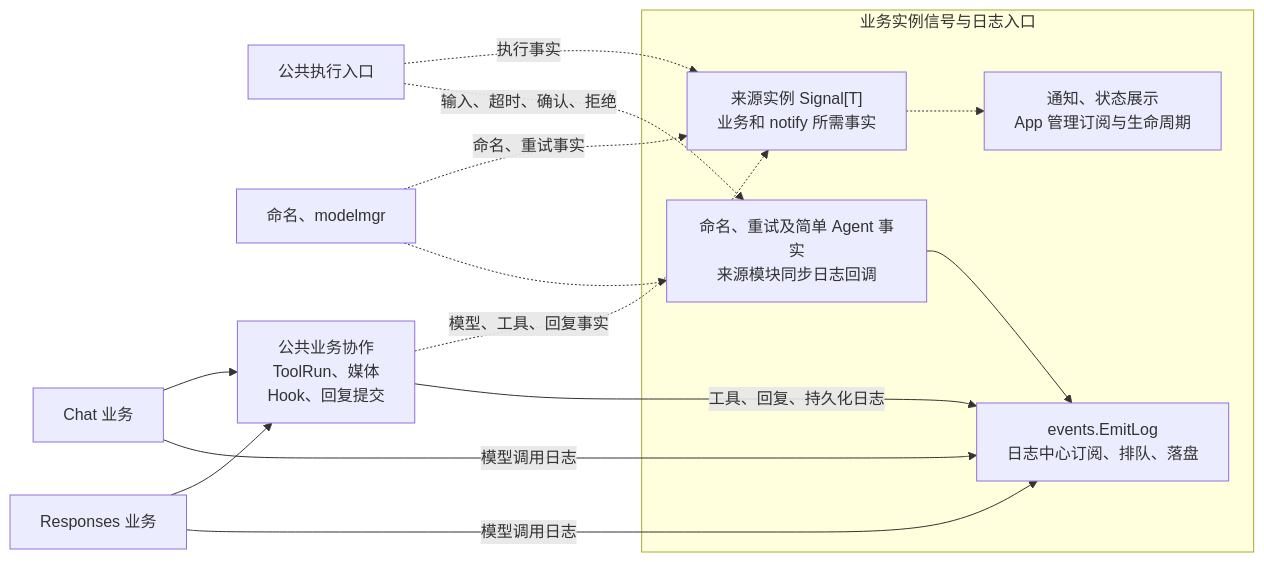
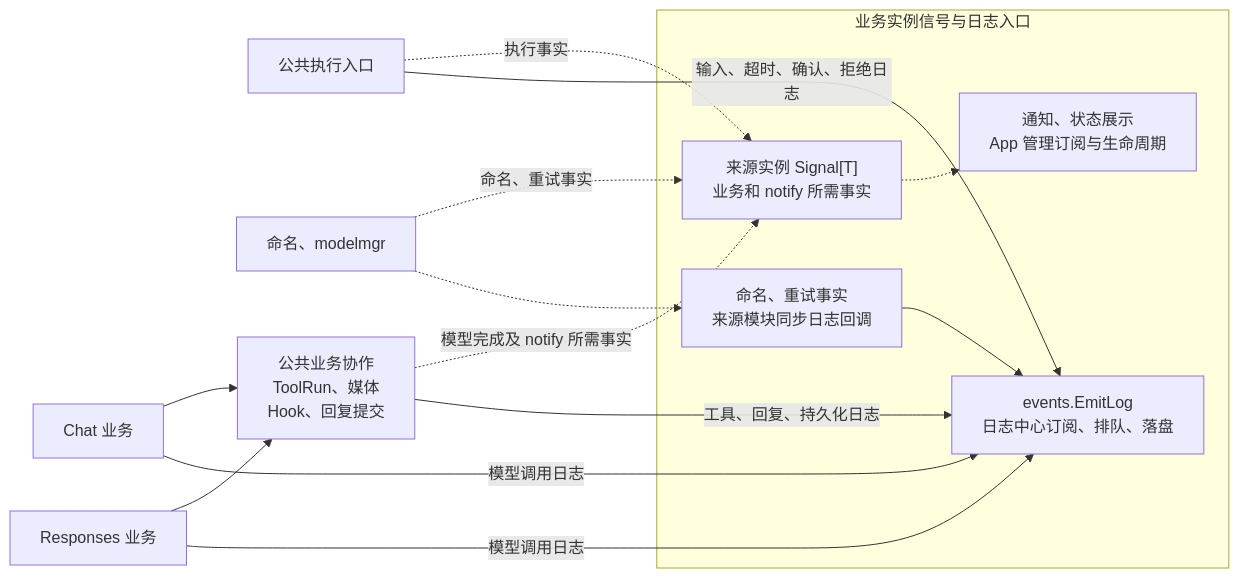
One commit to Elflare/elbot changed the second of 2 diagrams in devdocs/architecture.md. Above: the diagram before and after it, drawn with Mermaid. The commit also changed other lines of this file and 133 other files, not shown here.

````diff
--- a/devdocs/architecture.md
+++ b/devdocs/architecture.md
@@ -151,30 +152,30 @@
 ```mermaid
 flowchart LR
     CHAT["Chat 业务"]
     RESPONSE["Responses 业务"]
     ENTRY["公共执行入口"]
     OTHER["命名、modelmgr"]
 
     SHARED["公共业务协作<br/>ToolRun、媒体<br/>Hook、回复提交"]
 
     subgraph EVENTS["业务实例信号与日志入口"]
         BUS["来源实例 Signal[T]<br/>业务和 notify 所需事实"]
         OBSERVER["通知、状态展示<br/>App 管理订阅与生命周期"]
-        PROJECTION["命名、重试及简单 Agent 事实<br/>来源模块同步日志回调"]
+        PROJECTION["命名、重试事实<br/>来源模块同步日志回调"]
         LOG["events.EmitLog<br/>日志中心订阅、排队、落盘"]
         BUS -.-> OBSERVER
         PROJECTION --> LOG
     end
 
     CHAT --> SHARED
     RESPONSE --> SHARED
 
-    SHARED -.->|"模型、工具、回复事实"| BUS
+    SHARED -.->|"模型完成及 notify 所需事实"| BUS
     ENTRY -.->|"执行事实"| BUS
     OTHER -.->|"命名、重试事实"| BUS
-    ENTRY -.->|"输入、超时、确认、拒绝"| PROJECTION
+    ENTRY -->|"输入、超时、确认、拒绝日志"| LOG
     OTHER -.-> PROJECTION
     CHAT -->|"模型调用日志"| LOG
     RESPONSE -->|"模型调用日志"| LOG
     SHARED -->|"工具、回复、持久化日志"| LOG
 ```
````
